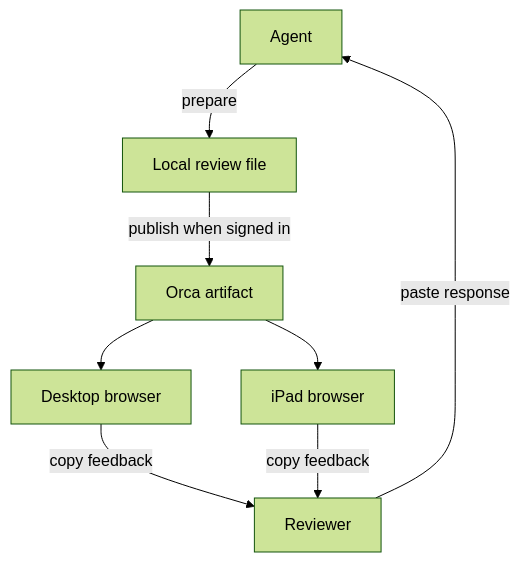
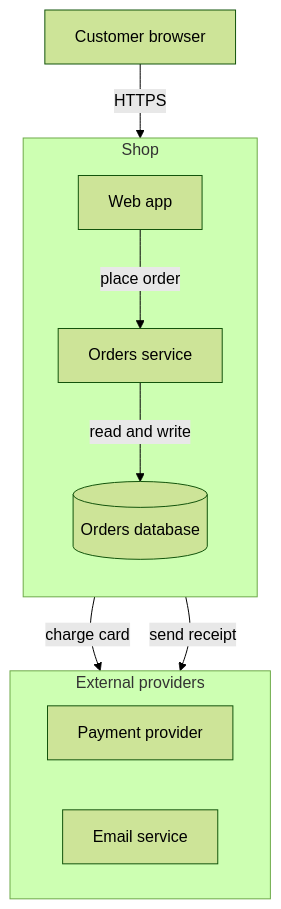
One commit to asabirov/mermaid-diagrams-skill changed the diagram in checks/architecture.mmd. Above: the diagram before and after it, drawn with Mermaid (forest theme). The commit also changed 11 other files, not shown here.

```diff
--- a/checks/architecture.mmd
+++ b/checks/architecture.mmd
@@ -1,13 +1,19 @@
 flowchart TB
-accTitle: Review artifact architecture
-accDescr: An agent prepares an artifact. Orca hosts its published copy for desktop or iPad. Feedback is copied back manually.
-Agent[Agent] -->|prepare| Local[Local review file]
-Local -->|publish when signed in| Orca[Orca artifact]
-Orca --> Desktop[Desktop browser]
-Orca --> iPad[iPad browser]
-Desktop -->|copy feedback| Human[Reviewer]
-iPad -->|copy feedback| Human
-Human -->|paste response| Agent
+accTitle: Online shop architecture
+accDescr: A customer's browser calls the shop's web app. Inside the shop, the web app calls the orders service, which stores orders in its database. The shop charges cards through an external payment provider and sends receipts through an external email service.
+Browser[Customer browser] -->|HTTPS| Web
+subgraph Shop
+  direction TB
+  Web[Web app] -->|place order| Orders[Orders service]
+  Orders -->|read and write| DB[(Orders database)]
+end
+subgraph External[External providers]
+  direction LR
+  Pay[Payment provider]
+  Mail[Email service]
+end
+Orders -->|charge card| Pay
+Orders -->|send receipt| Mail
 
-class Orca decision
-class Desktop,iPad result
+class Orders decision
+class Pay,Mail result
```
